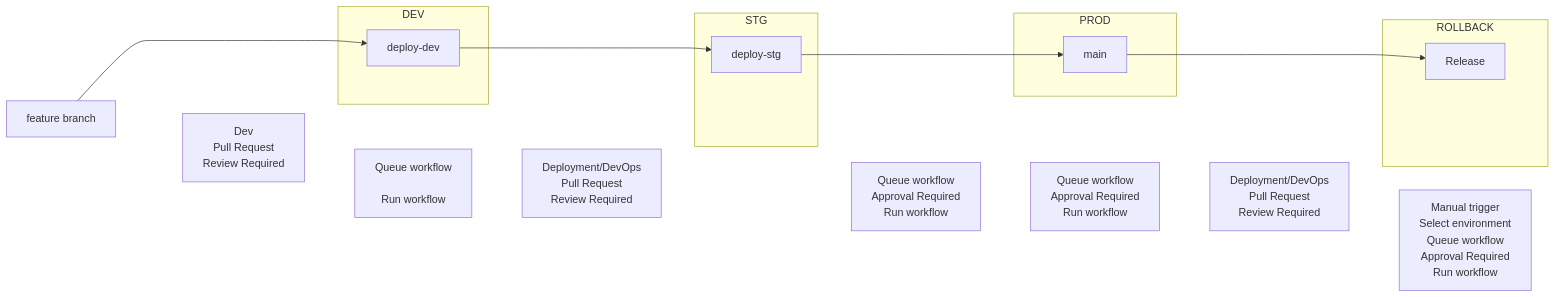
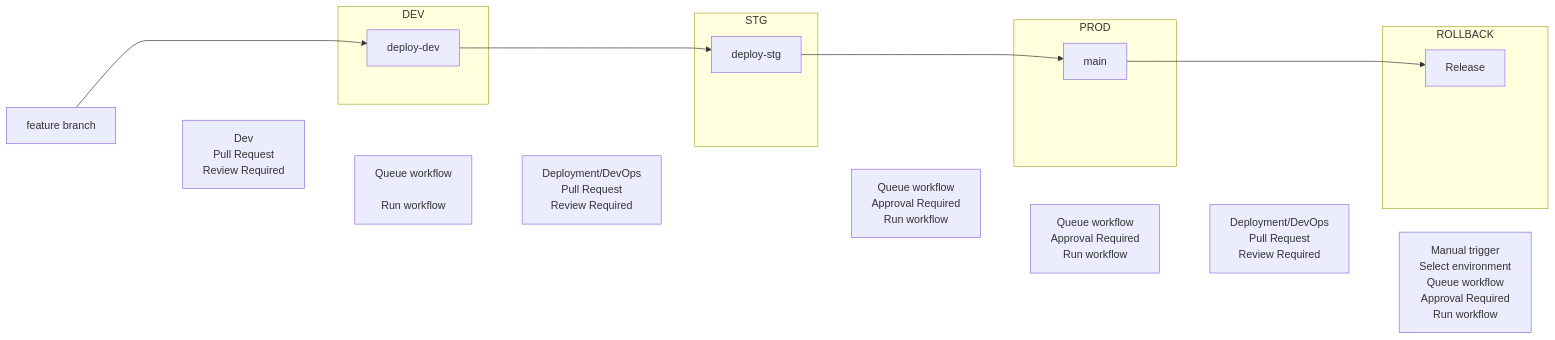
One commit to fritzramos-gf/Workflows changed the diagram in Gates-Workflow.md. Above: the diagram before and after it, drawn with Mermaid.

````diff
--- a/Gates-Workflow.md
+++ b/Gates-Workflow.md
@@ -1,32 +1,33 @@
 ```mermaid
 flowchart LR
     A[feature branch] ----> B
     A ~~~ C["Dev\nPull Request\nReview Required"]
     C ~~~ B
     subgraph DEV
         B[deploy-dev]
     end
      C ~~~ G["Queue workflow
         \nRun workflow"]
 
     B ---> D
     G ~~~ H["Deployment/DevOps\nPull Request\nReview Required"]
     H ~~~ D
     subgraph STG
         D[deploy-stg]
     end
+    I ~~~ E
     D ---> E
     H ~~~ I["Queue workflow\nApproval Required\nRun workflow"]
     subgraph PROD
         E[main]
     end
     I ~~~ J["Queue workflow\nApproval Required\nRun workflow"]
     E ---> F
     J ~~~ K["Deployment/DevOps\nPull Request\nReview Required"]
     K ~~~ F
     subgraph ROLLBACK
         F[Release]
     end
     K ~~~ L["Manual trigger\nSelect environment\nQueue workflow\nApproval Required\nRun workflow"]
 
 ```
````
